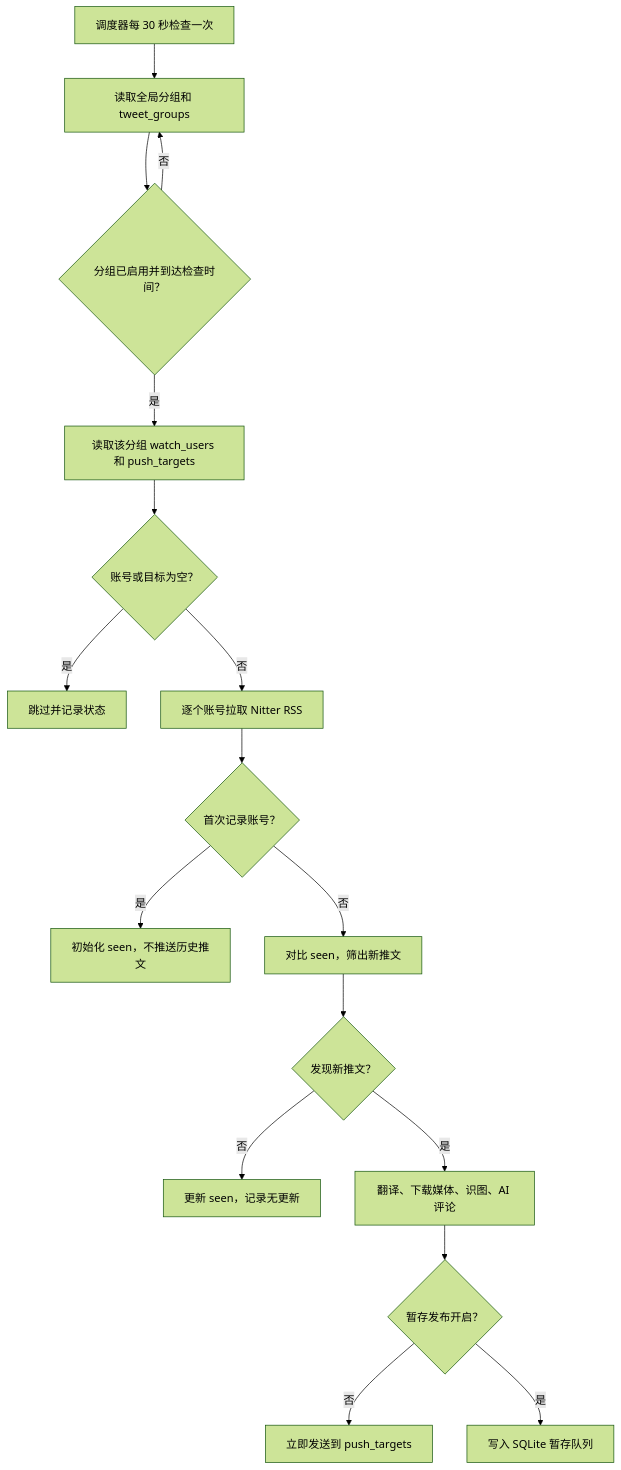
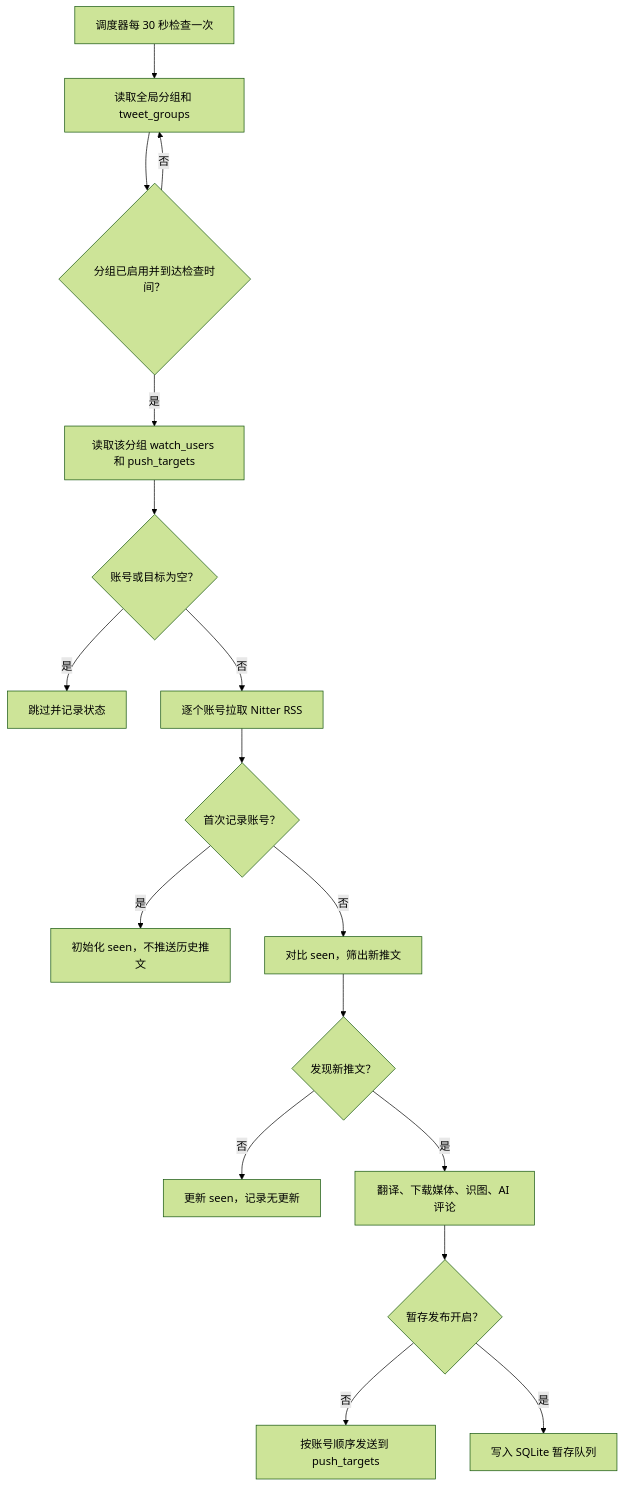
The first of 3 diagrams in README.md (shitianyaa/astrbot_plugin_nitter_tweets), drawn with Mermaid (forest theme) before and after one commit. The commit also changed other lines of this file and 2 other files, not shown here.

````diff
--- a/README.md
+++ b/README.md
@@ -92,19 +92,19 @@
 ```mermaid
 flowchart TD
     A["调度器每 30 秒检查一次"] --> B["读取全局分组和 tweet_groups"]
     B --> C{"分组已启用并到达检查时间？"}
     C -->|否| B
     C -->|是| D["读取该分组 watch_users 和 push_targets"]
     D --> E{"账号或目标为空？"}
     E -->|是| F["跳过并记录状态"]
     E -->|否| G["逐个账号拉取 Nitter RSS"]
     G --> H{"首次记录账号？"}
     H -->|是| I["初始化 seen，不推送历史推文"]
     H -->|否| J["对比 seen，筛出新推文"]
     J --> K{"发现新推文？"}
     K -->|否| L["更新 seen，记录无更新"]
     K -->|是| M["翻译、下载媒体、识图、AI 评论"]
     M --> N{"暂存发布开启？"}
-    N -->|否| O["立即发送到 push_targets"]
+    N -->|否| O["按账号顺序发送到 push_targets"]
     N -->|是| P["写入 SQLite 暂存队列"]
 ```
````
